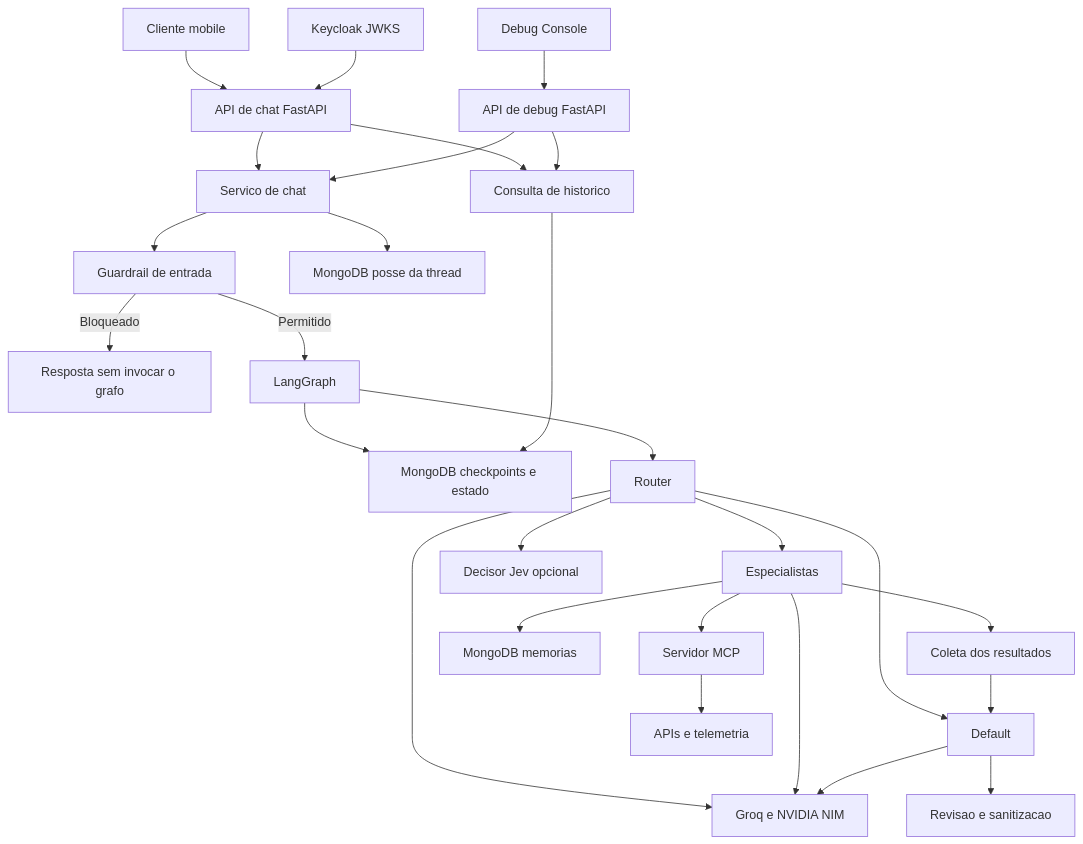
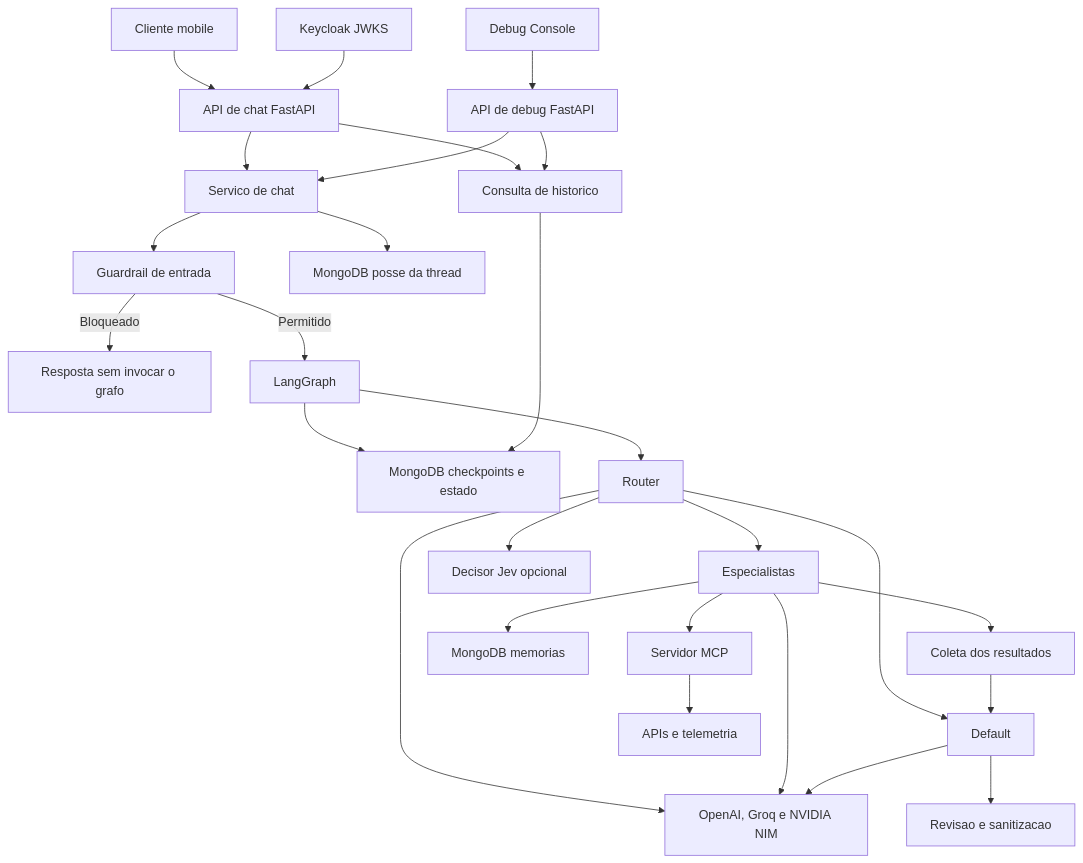
One commit to Ouros-App/ms-ai-server changed the first of 2 diagrams in README.md. Above: the diagram before and after it, drawn with Mermaid. The commit also changed other lines of this file and 15 other files, not shown here.

````diff
--- a/README.md
+++ b/README.md
@@ -51,29 +51,29 @@
 ```mermaid
 flowchart TD
     Mobile[Cliente mobile] --> API[API de chat FastAPI]
     Debug[Debug Console] --> DebugAPI[API de debug FastAPI]
     Keycloak[Keycloak JWKS] --> API
     API --> Chat[Servico de chat]
     DebugAPI --> Chat
     Chat --> Guard[Guardrail de entrada]
     Guard -->|Bloqueado| Block[Resposta sem invocar o grafo]
     Guard -->|Permitido| LG[LangGraph]
     Chat --> Ownership[MongoDB posse da thread]
     LG --> CP[MongoDB checkpoints e estado]
     API --> History[Consulta de historico]
     DebugAPI --> History
     History --> CP
     LG --> Router[Router]
     Router --> Specialists[Especialistas]
     Router --> Default[Default]
     Specialists --> Collect[Coleta dos resultados]
     Collect --> Default
     Specialists --> Memory[MongoDB memorias]
     Specialists --> MCP[Servidor MCP]
     MCP --> Domain[APIs e telemetria]
     Router --> Jev[Decisor Jev opcional]
-    Router --> Providers[Groq e NVIDIA NIM]
+    Router --> Providers[OpenAI, Groq e NVIDIA NIM]
     Specialists --> Providers
     Default --> Providers
     Default --> Output[Revisao e sanitizacao]
 ```
````
